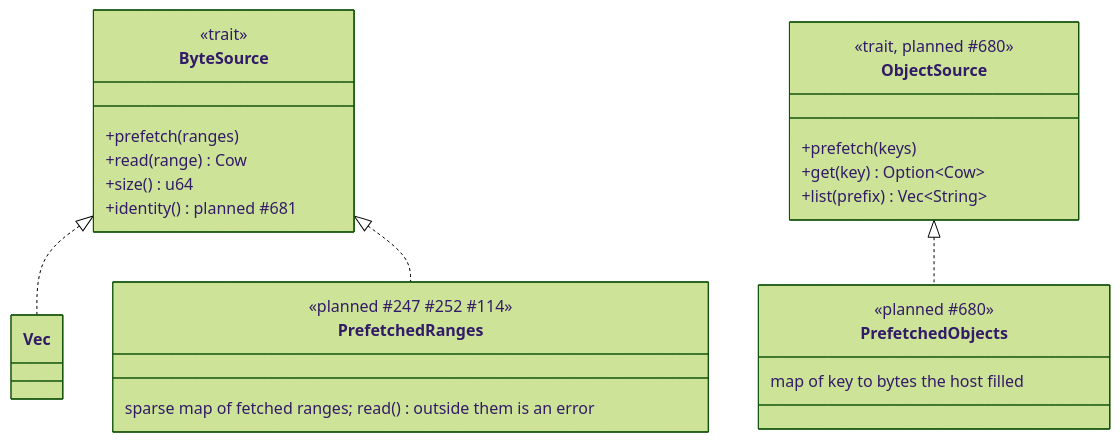
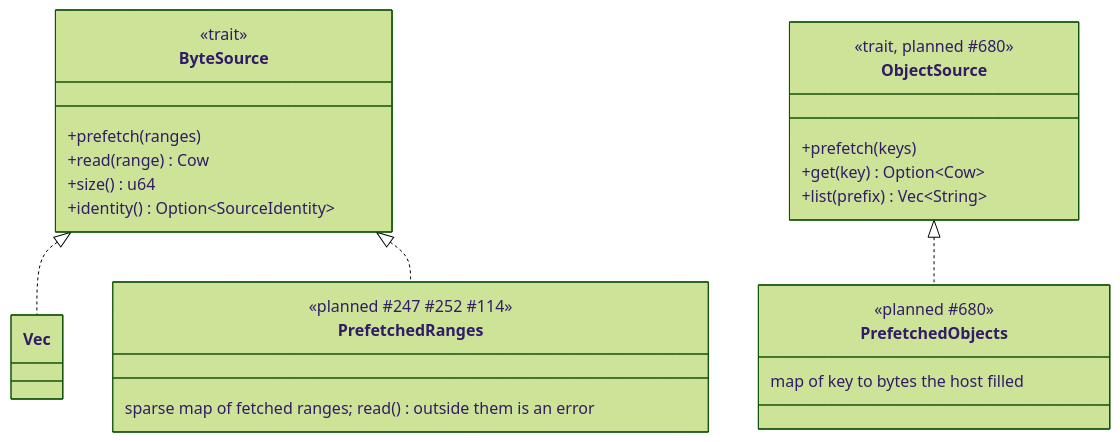
One commit to D0ubleD0uble/fieldglass changed the third of 6 diagrams in docs/architecture/planned/02-trait-seams.md. Above: the diagram before and after it, drawn with Mermaid (forest theme). The commit also changed other lines of this file and 3 other files, not shown here.

````diff
--- a/docs/architecture/planned/02-trait-seams.md
+++ b/docs/architecture/planned/02-trait-seams.md
@@ -179,27 +179,27 @@
 ```mermaid
 classDiagram
     class ByteSource {
         <<trait>>
         +prefetch(ranges)
         +read(range) Cow
         +size() u64
-        +identity() planned #681
+        +identity() Option~SourceIdentity~
     }
     class ObjectSource {
         <<trait, planned #680>>
         +prefetch(keys)
         +get(key) Option~Cow~
         +list(prefix) Vec~String~
     }
     class PrefetchedRanges {
         <<planned #247 #252 #114>>
         sparse map of fetched ranges; read() outside them is an error
     }
     class PrefetchedObjects {
         <<planned #680>>
         map of key to bytes the host filled
     }
     ByteSource <|.. Vec
     ByteSource <|.. PrefetchedRanges
     ObjectSource <|.. PrefetchedObjects
 ```
````
